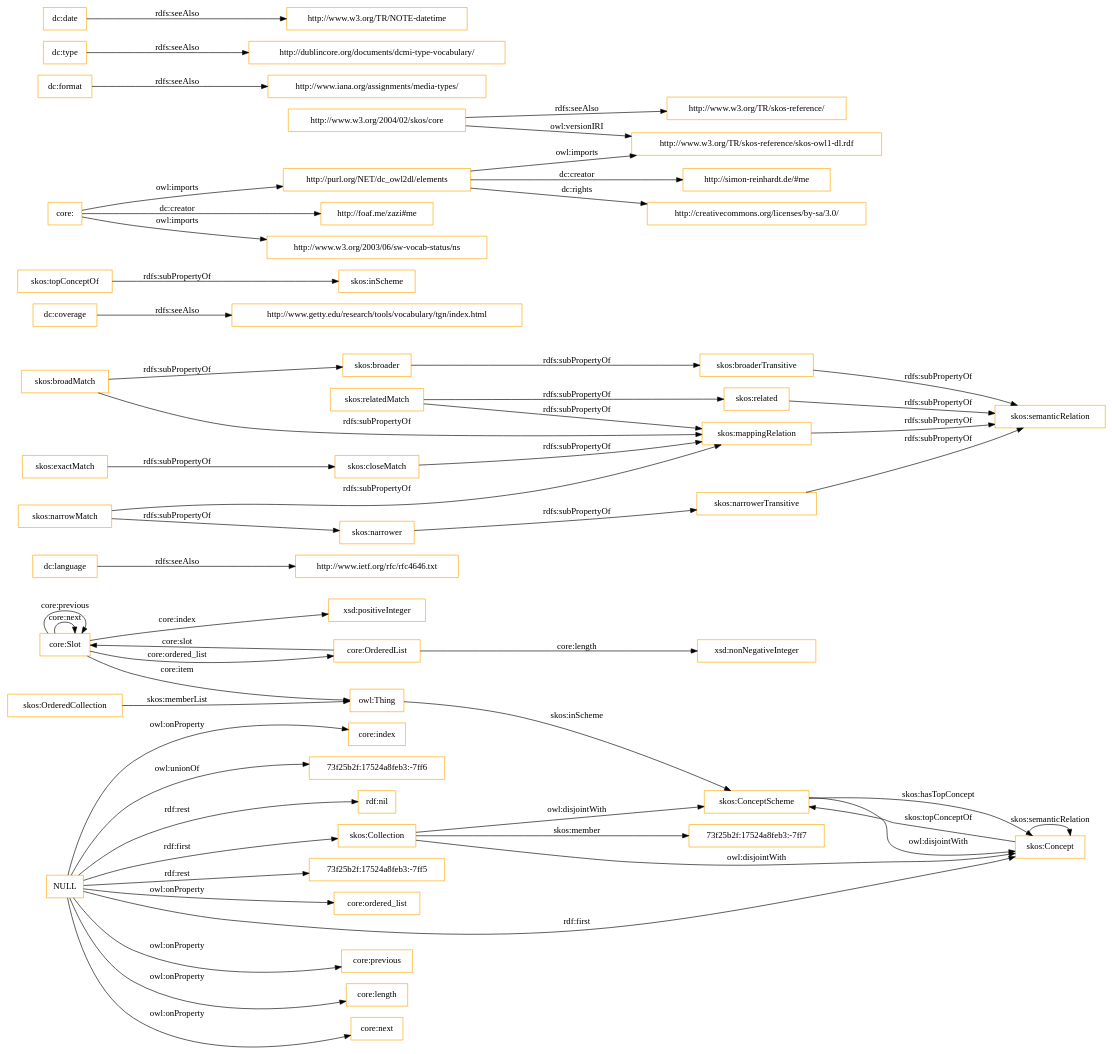
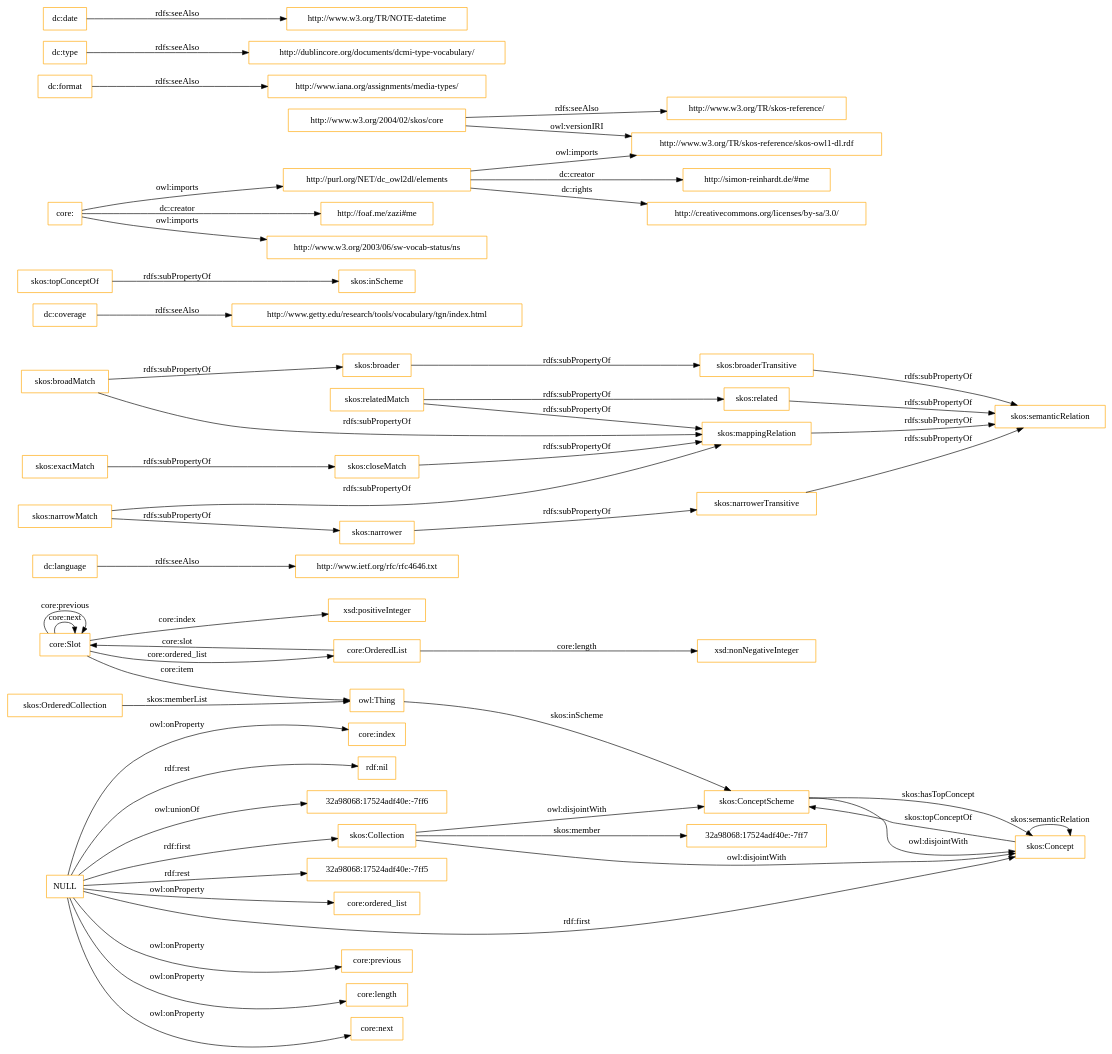
The diagram in OnToology/imports/core.owl/diagrams/ar2dtool-class/core.owl.png.dot (OnToologyUser/core-ontology-1), drawn with Graphviz before and after one commit. The commit also changed 14 other files, not shown here.

```diff
--- a/OnToology/imports/core.owl/diagrams/ar2dtool-class/core.owl.png.dot
+++ b/OnToology/imports/core.owl/diagrams/ar2dtool-class/core.owl.png.dot
@@ -1,60 +1,60 @@
 digraph ar2dtool_diagram { 
 rankdir=LR;
 size="1501"
-node [shape = rectangle, color="orange"]; "core:Slot" "core:OrderedList" "73f25b2f:17524a8feb3:-7ff7" "skos:OrderedCollection" "skos:Collection" "skos:ConceptScheme" "skos:Concept" ; /*classes style*/
+node [shape = rectangle, color="orange"]; "core:Slot" "core:OrderedList" "32a98068:17524adf40e:-7ff7" "skos:OrderedCollection" "skos:Collection" "skos:ConceptScheme" "skos:Concept" ; /*classes style*/
 	"dc:language" -> "http://www.ietf.org/rfc/rfc4646.txt" [ label = "rdfs:seeAlso" ];
 	"NULL" -> "core:previous" [ label = "owl:onProperty" ];
 	"NULL" -> "core:length" [ label = "owl:onProperty" ];
 	"NULL" -> "skos:Concept" [ label = "rdf:first" ];
 	"NULL" -> "core:next" [ label = "owl:onProperty" ];
 	"NULL" -> "core:index" [ label = "owl:onProperty" ];
-	"NULL" -> "73f25b2f:17524a8feb3:-7ff6" [ label = "owl:unionOf" ];
 	"NULL" -> "rdf:nil" [ label = "rdf:rest" ];
-	"NULL" -> "73f25b2f:17524a8feb3:-7ff5" [ label = "rdf:rest" ];
+	"NULL" -> "32a98068:17524adf40e:-7ff6" [ label = "owl:unionOf" ];
+	"NULL" -> "32a98068:17524adf40e:-7ff5" [ label = "rdf:rest" ];
 	"NULL" -> "core:ordered_list" [ label = "owl:onProperty" ];
 	"NULL" -> "skos:Collection" [ label = "rdf:first" ];
 	"skos:closeMatch" -> "skos:mappingRelation" [ label = "rdfs:subPropertyOf" ];
 	"dc:coverage" -> "http://www.getty.edu/research/tools/vocabulary/tgn/index.html" [ label = "rdfs:seeAlso" ];
 	"skos:relatedMatch" -> "skos:related" [ label = "rdfs:subPropertyOf" ];
 	"skos:relatedMatch" -> "skos:mappingRelation" [ label = "rdfs:subPropertyOf" ];
 	"skos:ConceptScheme" -> "skos:Concept" [ label = "owl:disjointWith" ];
 	"skos:related" -> "skos:semanticRelation" [ label = "rdfs:subPropertyOf" ];
 	"skos:topConceptOf" -> "skos:inScheme" [ label = "rdfs:subPropertyOf" ];
 	"skos:broadMatch" -> "skos:broader" [ label = "rdfs:subPropertyOf" ];
 	"skos:broadMatch" -> "skos:mappingRelation" [ label = "rdfs:subPropertyOf" ];
 	"http://purl.org/NET/dc_owl2dl/elements" -> "http://www.w3.org/TR/skos-reference/skos-owl1-dl.rdf" [ label = "owl:imports" ];
 	"http://purl.org/NET/dc_owl2dl/elements" -> "http://creativecommons.org/licenses/by-sa/3.0/" [ label = "dc:rights" ];
 	"http://purl.org/NET/dc_owl2dl/elements" -> "http://simon-reinhardt.de/#me" [ label = "dc:creator" ];
 	"skos:exactMatch" -> "skos:closeMatch" [ label = "rdfs:subPropertyOf" ];
 	"dc:format" -> "http://www.iana.org/assignments/media-types/" [ label = "rdfs:seeAlso" ];
 	"core:" -> "http://foaf.me/zazi#me" [ label = "dc:creator" ];
 	"core:" -> "http://www.w3.org/2003/06/sw-vocab-status/ns" [ label = "owl:imports" ];
 	"core:" -> "http://purl.org/NET/dc_owl2dl/elements" [ label = "owl:imports" ];
 	"skos:broaderTransitive" -> "skos:semanticRelation" [ label = "rdfs:subPropertyOf" ];
 	"skos:mappingRelation" -> "skos:semanticRelation" [ label = "rdfs:subPropertyOf" ];
 	"skos:broader" -> "skos:broaderTransitive" [ label = "rdfs:subPropertyOf" ];
 	"dc:type" -> "http://dublincore.org/documents/dcmi-type-vocabulary/" [ label = "rdfs:seeAlso" ];
 	"http://www.w3.org/2004/02/skos/core" -> "http://www.w3.org/TR/skos-reference/skos-owl1-dl.rdf" [ label = "owl:versionIRI" ];
 	"http://www.w3.org/2004/02/skos/core" -> "http://www.w3.org/TR/skos-reference/" [ label = "rdfs:seeAlso" ];
 	"skos:Collection" -> "skos:ConceptScheme" [ label = "owl:disjointWith" ];
 	"skos:Collection" -> "skos:Concept" [ label = "owl:disjointWith" ];
 	"skos:narrowMatch" -> "skos:narrower" [ label = "rdfs:subPropertyOf" ];
 	"skos:narrowMatch" -> "skos:mappingRelation" [ label = "rdfs:subPropertyOf" ];
 	"skos:narrower" -> "skos:narrowerTransitive" [ label = "rdfs:subPropertyOf" ];
 	"dc:date" -> "http://www.w3.org/TR/NOTE-datetime" [ label = "rdfs:seeAlso" ];
 	"skos:narrowerTransitive" -> "skos:semanticRelation" [ label = "rdfs:subPropertyOf" ];
 	"core:Slot" -> "xsd:positiveInteger" [ label = "core:index" ];
 	"skos:Concept" -> "skos:ConceptScheme" [ label = "skos:topConceptOf" ];
 	"core:Slot" -> "owl:Thing" [ label = "core:item" ];
 	"core:OrderedList" -> "xsd:nonNegativeInteger" [ label = "core:length" ];
 	"core:OrderedList" -> "core:Slot" [ label = "core:slot" ];
-	"skos:Collection" -> "73f25b2f:17524a8feb3:-7ff7" [ label = "skos:member" ];
+	"skos:Collection" -> "32a98068:17524adf40e:-7ff7" [ label = "skos:member" ];
 	"core:Slot" -> "core:Slot" [ label = "core:next" ];
 	"skos:ConceptScheme" -> "skos:Concept" [ label = "skos:hasTopConcept" ];
 	"owl:Thing" -> "skos:ConceptScheme" [ label = "skos:inScheme" ];
 	"core:Slot" -> "core:Slot" [ label = "core:previous" ];
 	"skos:OrderedCollection" -> "owl:Thing" [ label = "skos:memberList" ];
 	"skos:Concept" -> "skos:Concept" [ label = "skos:semanticRelation" ];
 	"core:Slot" -> "core:OrderedList" [ label = "core:ordered_list" ];
 
 }
```
